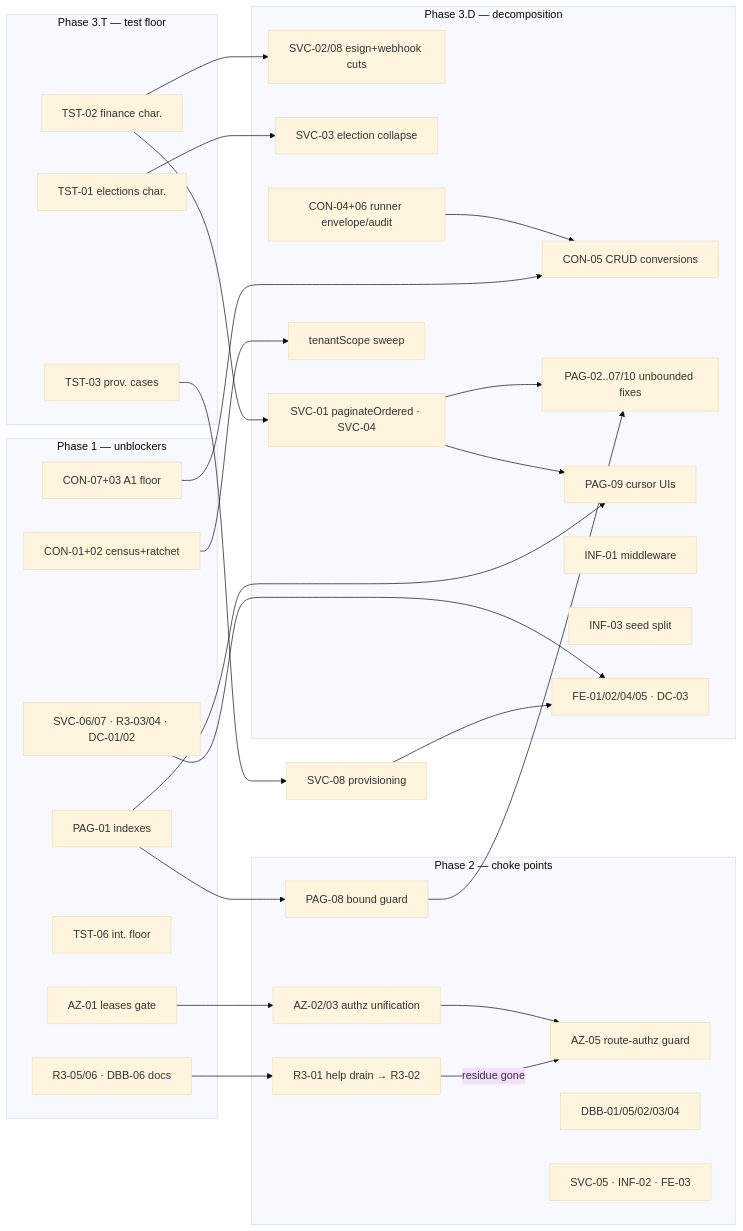
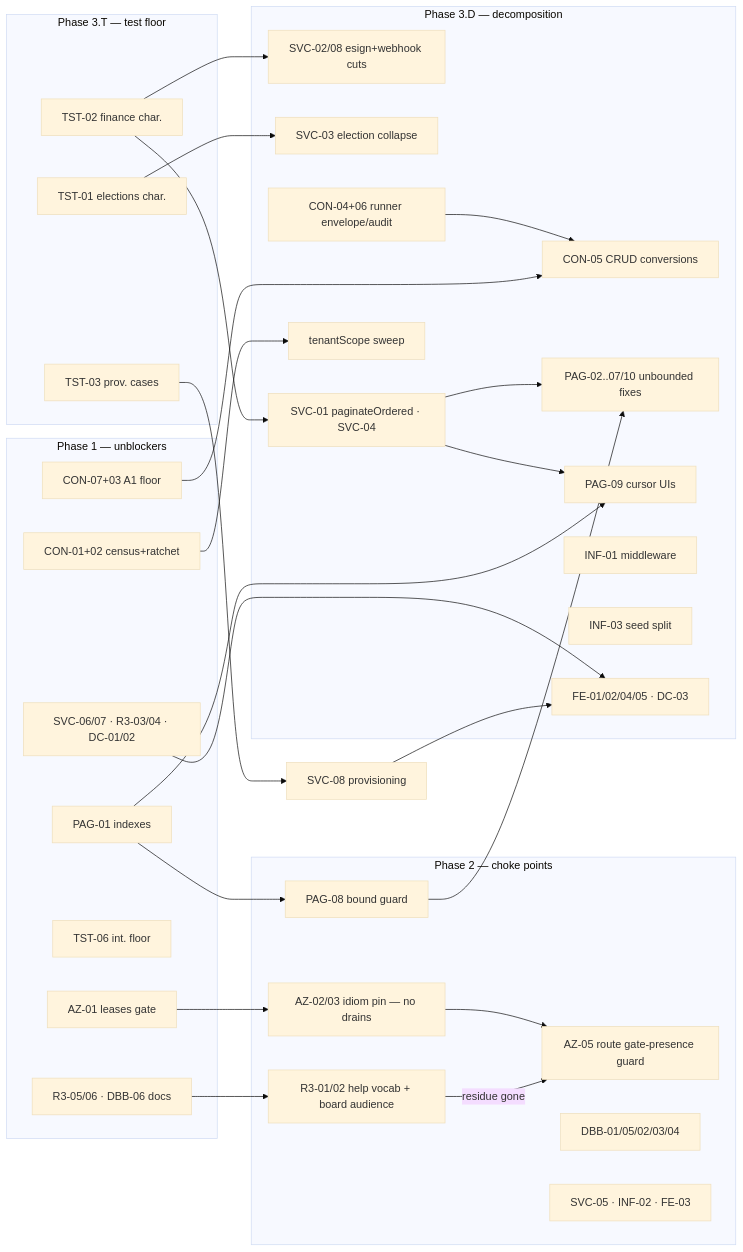
The diagram in docs/audits/2026-09-22-refactor-audit-and-cleanup-roadmap.md (Ruckus000/PropertyPro), drawn with Mermaid (base theme) before and after one commit. The commit also changed other lines of this file and 1 other file, not shown here.

````diff
--- a/docs/audits/2026-09-22-refactor-audit-and-cleanup-roadmap.md
+++ b/docs/audits/2026-09-22-refactor-audit-and-cleanup-roadmap.md
@@ -520,47 +329,47 @@
 ```mermaid
 flowchart LR
   subgraph P1["Phase 1 — unblockers"]
     AZ01[AZ-01 leases gate]
     PAG01[PAG-01 indexes]
     CON12[CON-01+02 census+ratchet]
     CON73[CON-07+03 A1 floor]
     TST6[TST-06 int. floor]
     DOCS[R3-05/06 · DBB-06 docs]
     MECH[SVC-06/07 · R3-03/04 · DC-01/02]
   end
   subgraph P2["Phase 2 — choke points"]
-    AZ02[AZ-02/03 authz unification]
-    AZ05[AZ-05 route-authz guard]
+    AZ02[AZ-02/03 idiom pin — no drains]
+    AZ05[AZ-05 route gate-presence guard]
     DBB[DBB-01/05/02/03/04]
     PAG08[PAG-08 bound guard]
-    R301[R3-01 help drain → R3-02]
+    R301[R3-01/02 help vocab + board audience]
     SMALL[SVC-05 · INF-02 · FE-03]
   end
   subgraph P3T["Phase 3.T — test floor"]
     TST1[TST-01 elections char.]
     TST2[TST-02 finance char.]
     TST3[TST-03 prov. cases]
   end
   subgraph P3D["Phase 3.D — decomposition"]
     SVC2[SVC-02/08 esign+webhook cuts]
     SVC3[SVC-03 election collapse]
     SVC14[SVC-01 paginateOrdered · SVC-04]
     CON46[CON-04+06 runner envelope/audit]
     CON05[CON-05 CRUD conversions]
     SWEEP[tenantScope sweep]
     PAGES[PAG-02..07/10 unbounded fixes]
     PAG09[PAG-09 cursor UIs]
     INF1[INF-01 middleware]
     INF3[INF-03 seed split]
     FE[FE-01/02/04/05 · DC-03]
   end
   AZ01 --> AZ02; DOCS --> R301; R301 -->|residue gone| AZ05
   CON12 --> SWEEP; CON73 --> CON05
   PAG01 --> PAG08 --> PAGES; PAG01 --> PAG09
   AZ02 --> AZ05
   TST1 --> SVC3; TST2 --> SVC2; TST2 --> SVC14
   TST3 --> SVC8B[SVC-08 provisioning] --> FE
   CON46 --> CON05
   SVC14 --> PAGES; SVC14 --> PAG09
   MECH --> FE
 ```
````
